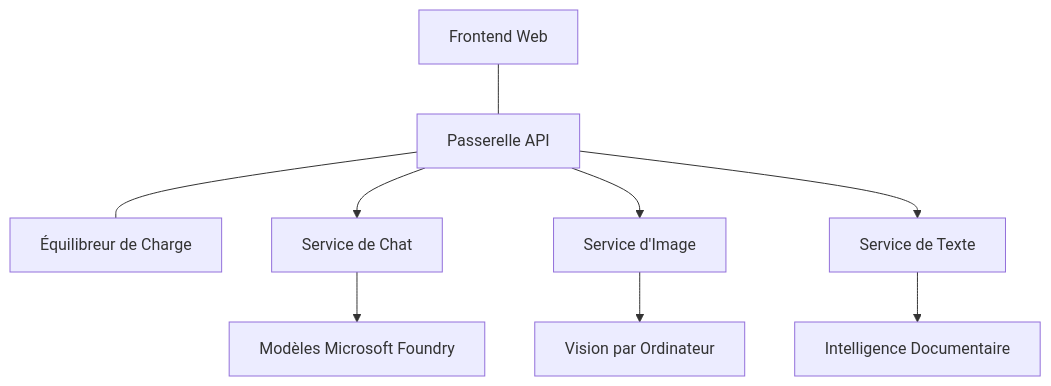
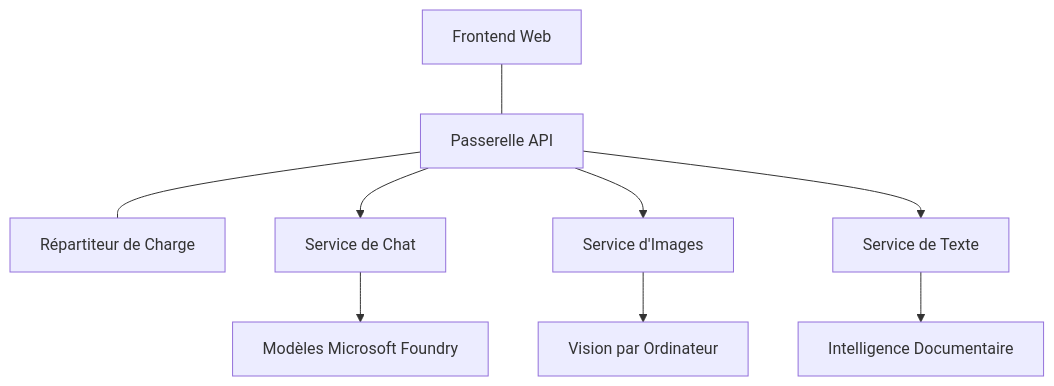
The diagram in translations/fr/docs/chapter-08-production/production-ai-practices.md (microsoft/AZD-for-beginners), drawn with Mermaid before and after one commit. The commit also changed other lines of this file and 104 other files, not shown here.

````diff
--- a/translations/fr/docs/chapter-08-production/production-ai-practices.md
+++ b/translations/fr/docs/chapter-08-production/production-ai-practices.md
@@ -30,10 +30,10 @@
 ```mermaid
 graph TD
-    Frontend[Frontend Web] --- Gateway[Passerelle API] --- LB[Équilibreur de Charge]
+    Frontend[Frontend Web] --- Gateway[Passerelle API] --- LB[Répartiteur de Charge]
     Gateway --> Chat[Service de Chat]
-    Gateway --> Image[Service d'Image]
+    Gateway --> Image[Service d'Images]
     Gateway --> Text[Service de Texte]
     Chat --> OpenAI[Modèles Microsoft Foundry]
     Image --> Vision[Vision par Ordinateur]
     Text --> DocIntel[Intelligence Documentaire]
-```  
+```
````
